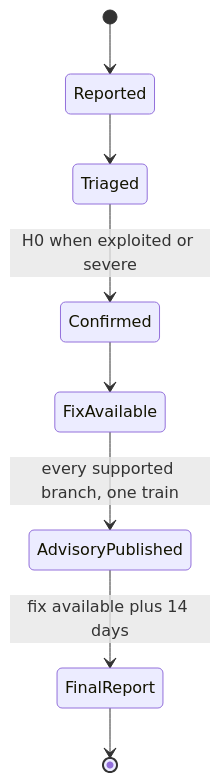
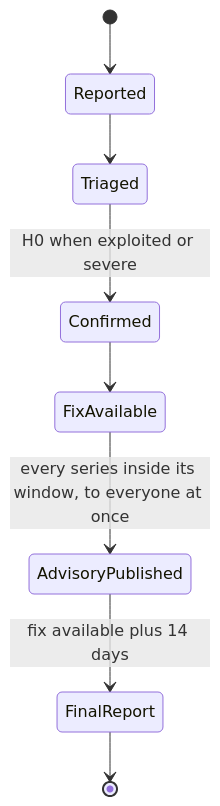
The third of 3 diagrams in docs/spec/security-privacy.md (SpaceCorps/obop), drawn with Mermaid before and after one commit. The commit also changed other lines of this file and 10 other files, not shown here.

````diff
--- a/docs/spec/security-privacy.md
+++ b/docs/spec/security-privacy.md
@@ -411,10 +468,10 @@
 ```mermaid
 stateDiagram-v2
   [*] --> Reported
   Reported --> Triaged
   Triaged --> Confirmed : H0 when exploited or severe
   Confirmed --> FixAvailable
-  FixAvailable --> AdvisoryPublished : every supported branch, one train
+  FixAvailable --> AdvisoryPublished : every series inside its window, to everyone at once
   AdvisoryPublished --> FinalReport : fix available plus 14 days
   FinalReport --> [*]
 ```
````
